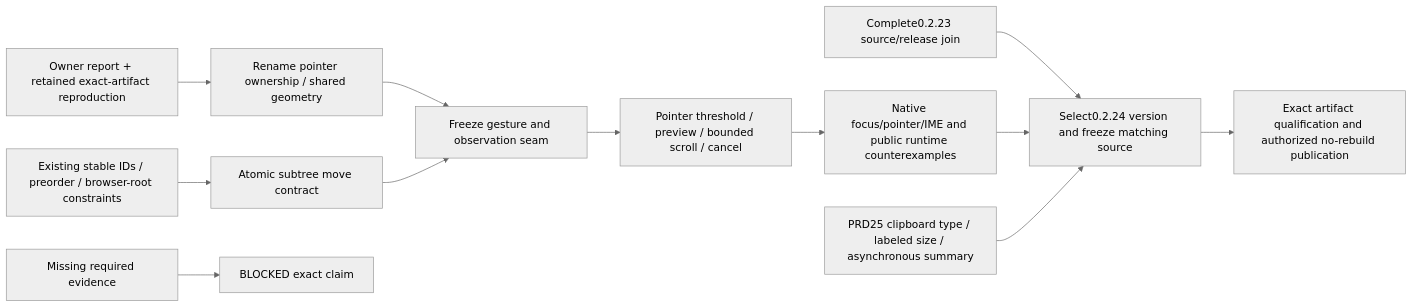
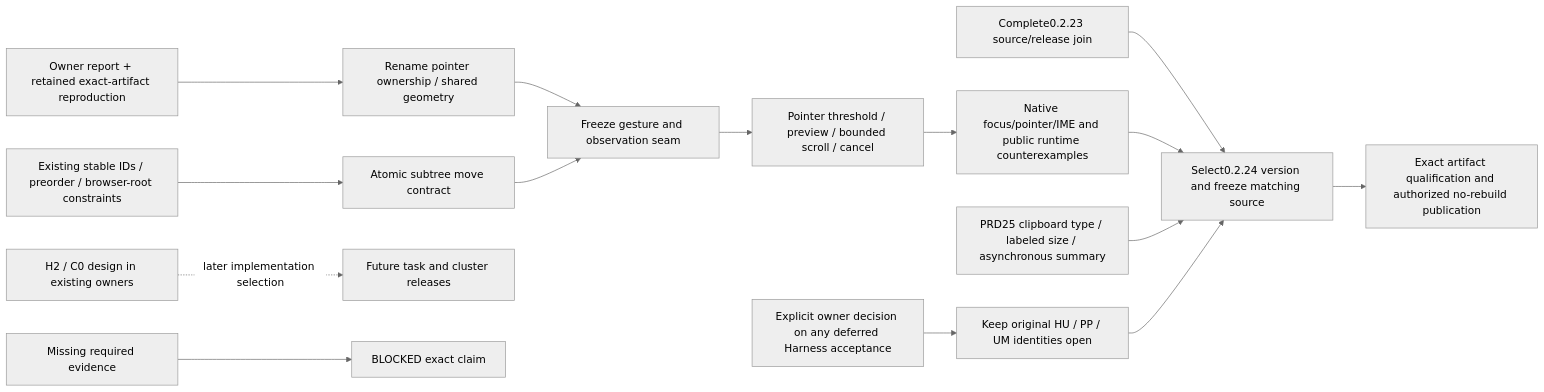
Before and after one commit to partnernetsoftware/minicon: the diagram in plan/plan-v0.2.24.md, drawn with Mermaid (neutral theme). The commit also changed other lines of this file and 1 other file, not shown here.

Commit message:
Prioritize 0.2.24 interactions and define explicit release carry decisions

````diff
--- a/plan/plan-v0.2.24.md
+++ b/plan/plan-v0.2.24.md
@@ -51,14 +83,17 @@
 ```mermaid
 flowchart LR
     O[Owner report + retained exact-artifact reproduction] --> R[Rename pointer ownership / shared geometry]
     BASE[Existing stable IDs / preorder / browser-root constraints] --> M[Atomic subtree move contract]
     R --> S[Freeze gesture and observation seam]
     M --> S
     S --> D[Pointer threshold / preview / bounded scroll / cancel]
     D --> N[Native focus/pointer/IME and public runtime counterexamples]
     V[Complete0.2.23 source/release join] --> FREEZE[Select0.2.24 version and freeze matching source]
     N --> FREEZE
     CLIP[PRD25 clipboard type / labeled size / asynchronous summary] --> FREEZE
+    DECISION[Explicit owner decision on any deferred Harness acceptance] --> CARRY[Keep original HU / PP / UM identities open]
+    CARRY --> FREEZE
+    H2[H2 / C0 design in existing owners] -. later implementation selection .-> FUTURE[Future task and cluster releases]
     FREEZE --> Q[Exact artifact qualification and authorized no-rebuild publication]
     MISS[Missing required evidence] --> BLOCK[BLOCKED exact claim]
 ```
````
